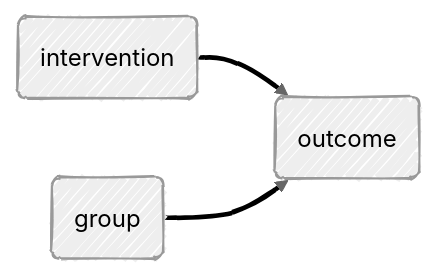
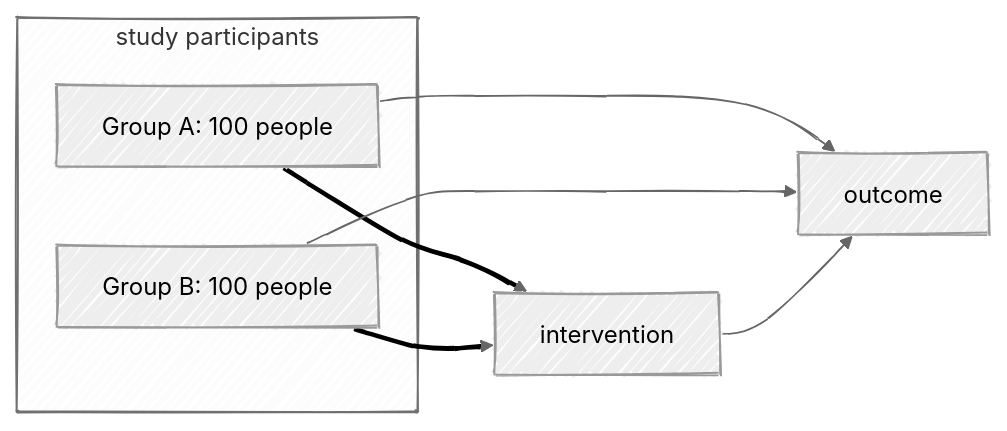
One commit to agrogan1/closeread changed the third of 3 diagrams in multivariate/multivariate.md. Above: the diagram before and after it, drawn with Mermaid.

Commit message:
Enhance flowchart with study participants subgraph
Added a subgraph for study participants with two groups.

````diff
--- a/multivariate/multivariate.md
+++ b/multivariate/multivariate.md
@@ -57,16 +57,30 @@
 ```mermaid
 ---
 config:
   look: handDrawn
   theme: neutral
 ---
 
 flowchart LR
 
-  intervention(intervention) --> outcome(outcome)
+subgraph study["study participants"]
 
-  group(group) --> outcome(outcome)
+  A["Group A: 100 people"]
+
+  B["Group B: 100 people"]
+
+  end
+
+  A --> intervention
+
+  B --> intervention
+
+  A ---> outcome
+
+  B ---> outcome
+
+  intervention[intervention] --> outcome[outcome]
 
   linkStyle 0,1 stroke:#000000,stroke-width:3px,font-size:36px,color:black;
 
 ```
````
